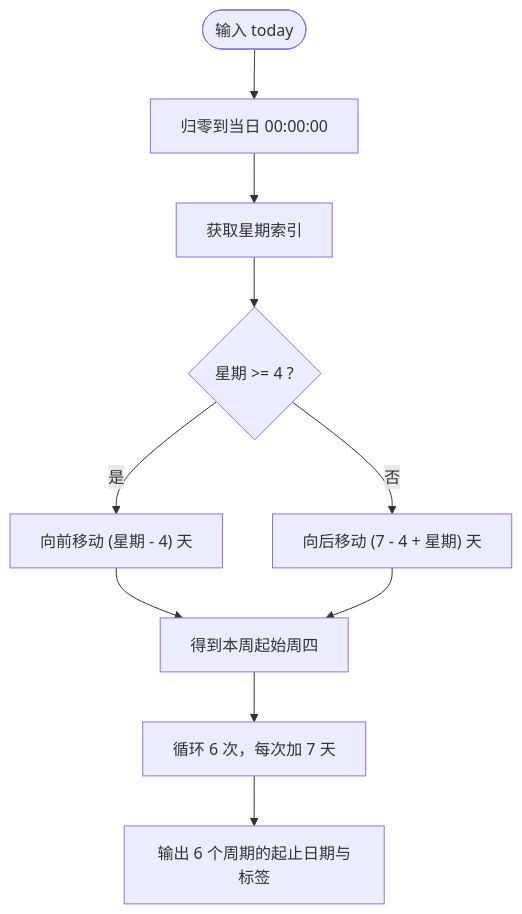
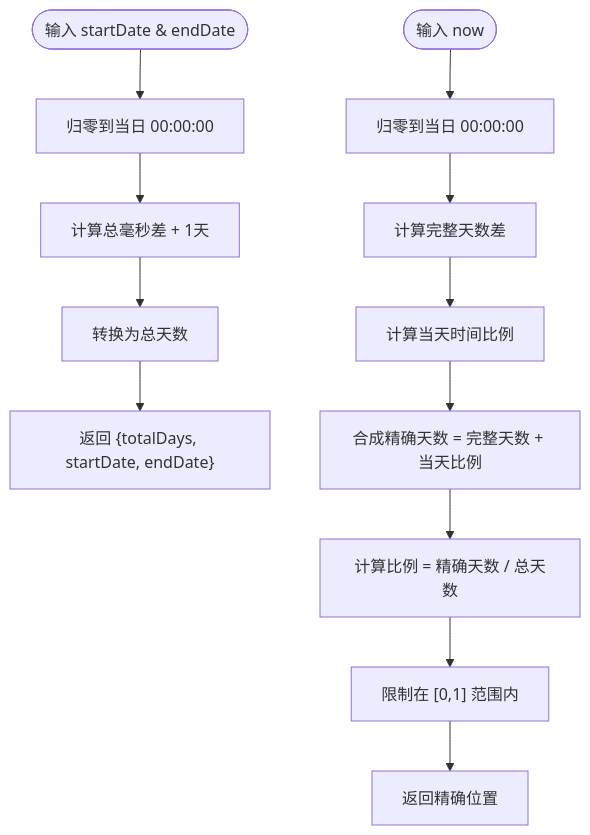
Before and after one commit to xuanyulingnfeg/gameCalendar: the third of 7 diagrams in .qoder/repowiki/zh/content/工具函数.md, drawn with Mermaid. The commit also changed other lines of this file and 5 other files, not shown here.

````diff
--- a/.qoder/repowiki/zh/content/工具函数.md
+++ b/.qoder/repowiki/zh/content/工具函数.md
@@ -216,12 +179,14 @@
 ```mermaid
 flowchart TD
-Start(["输入 today"]) --> Normalize["归零到当日 00:00:00"]
-Normalize --> GetDay["获取星期索引"]
-GetDay --> Compare{"星期 >= 4 ?"}
-Compare --> |是| MoveBack["向前移动 (星期 - 4) 天"]
-Compare --> |否| MoveForward["向后移动 (7 - 4 + 星期) 天"]
-MoveBack --> Thursday["得到本周起始周四"]
-MoveForward --> Thursday
-Thursday --> Loop["循环 6 次，每次加 7 天"]
-Loop --> Output["输出 6 个周期的起止日期与标签"]
+Start(["输入 startDate & endDate"]) --> Normalize["归零到当日 00:00:00"]
+Normalize --> CalcTotal["计算总毫秒差 + 1天"]
+CalcTotal --> Convert["转换为总天数"]
+Convert --> ReturnInfo["返回 {totalDays, startDate, endDate}"]
+Start2(["输入 now"]) --> NormalizeNow["归零到当日 00:00:00"]
+NormalizeNow --> CalcFullDays["计算完整天数差"]
+CalcFullDays --> DayFraction["计算当天时间比例"]
+DayFraction --> PreciseDays["合成精确天数 = 完整天数 + 当天比例"]
+PreciseDays --> CalcRatio["计算比例 = 精确天数 / 总天数"]
+CalcRatio --> Clamp["限制在 [0,1] 范围内"]
+Clamp --> ReturnPos["返回精确位置"]
 ```
````
